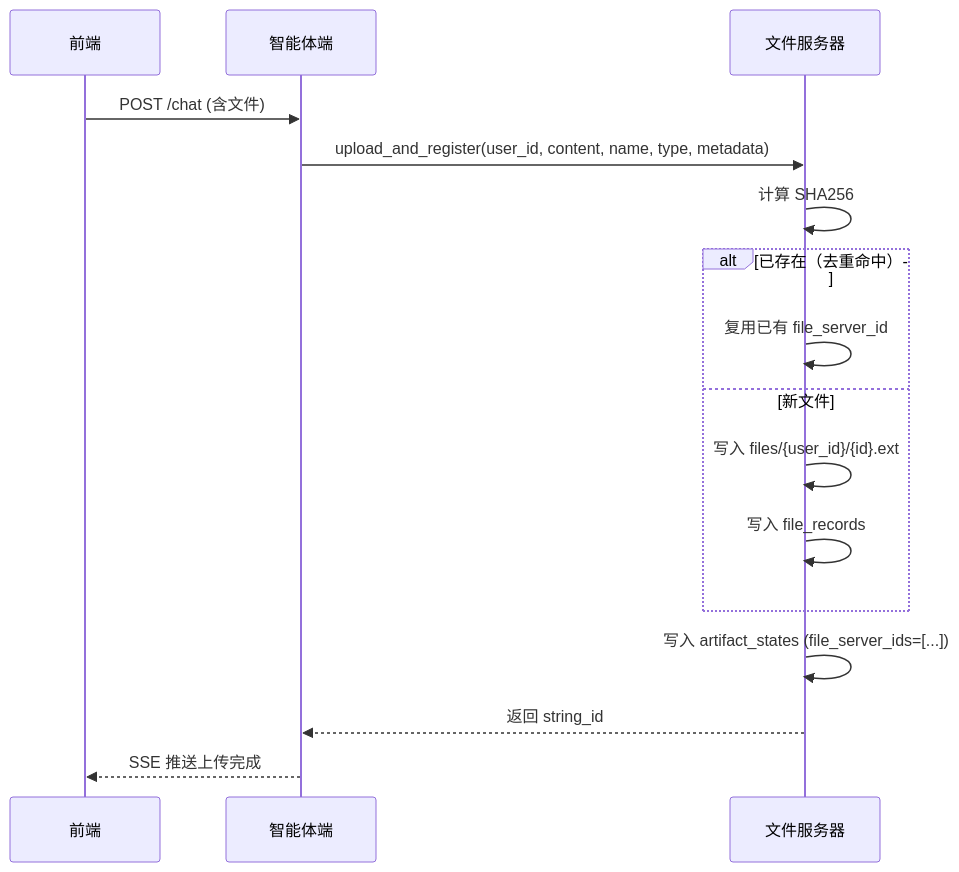
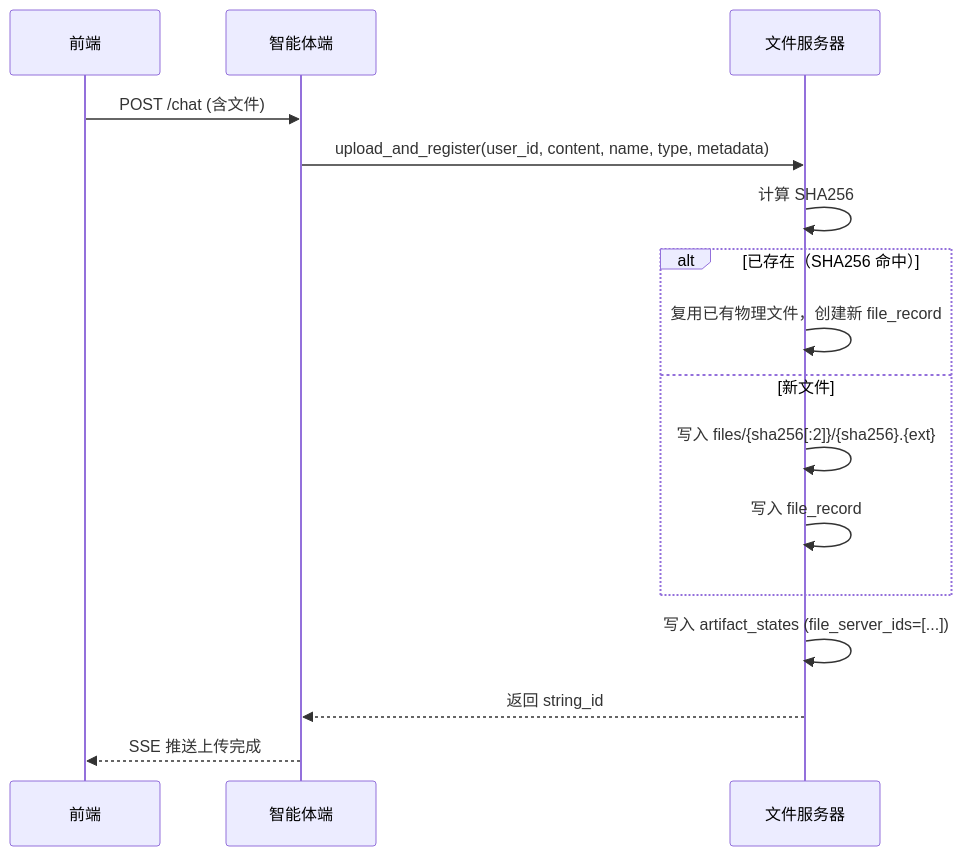
The second of 3 diagrams in LASPAI 智能体文件管理端设计方案.md (zhou-tian-yi/laspai-agent-design), drawn with Mermaid before and after one commit. The commit also changed other lines of this file, not shown here.

````diff
--- a/LASPAI 智能体文件管理端设计方案.md
+++ b/LASPAI 智能体文件管理端设计方案.md
@@ -229,19 +288,19 @@
 ```mermaid
 sequenceDiagram
     participant FE as 前端
     participant AG as 智能体端
     participant FS as 文件服务器
 
     FE->>AG: POST /chat (含文件)
     AG->>FS: upload_and_register(user_id, content, name, type, metadata)
     FS->>FS: 计算 SHA256
-    alt 已存在（去重命中）
-        FS->>FS: 复用已有 file_server_id
+    alt 已存在（SHA256 命中）
+        FS->>FS: 复用已有物理文件，创建新 file_record
     else 新文件
-        FS->>FS: 写入 files/{user_id}/{id}.ext
-        FS->>FS: 写入 file_records
+        FS->>FS: 写入 files/{sha256[:2]}/{sha256}.{ext}
+        FS->>FS: 写入 file_record
     end
     FS->>FS: 写入 artifact_states (file_server_ids=[...])
     FS-->>AG: 返回 string_id
     AG-->>FE: SSE 推送上传完成
 ```
````
